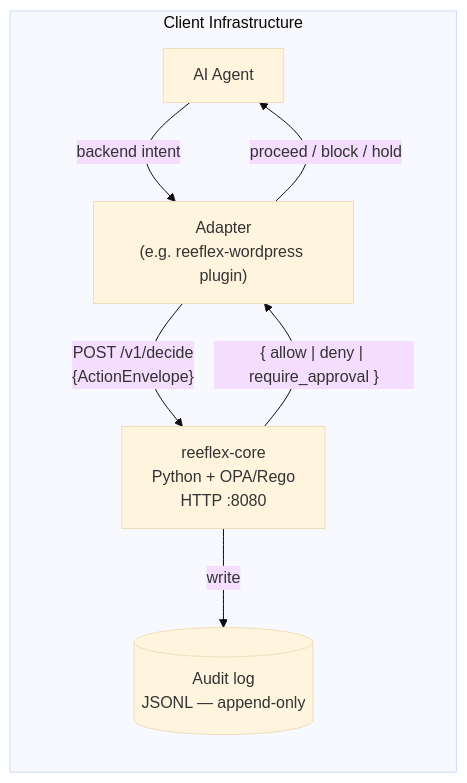
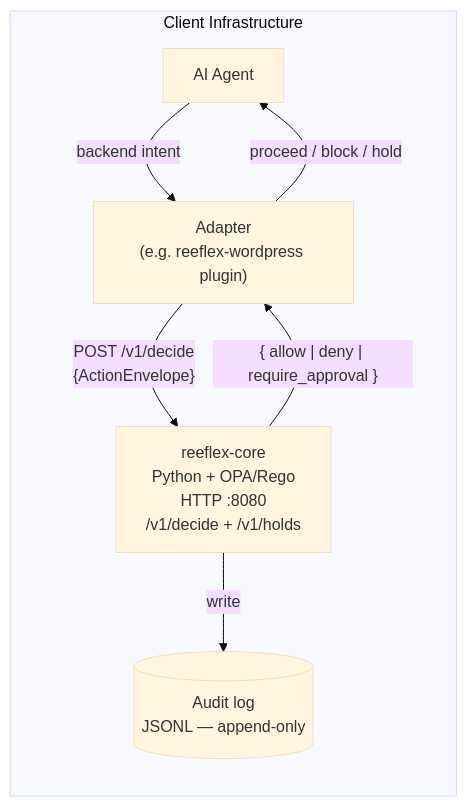
The third of 4 diagrams in docs/architecture.md (Reeflex-io/reeflex), drawn with Mermaid (base theme) before and after one commit. The commit also changed other lines of this file and 1 other file, not shown here.

First line of the commit message:
docs(architecture): align flow + sequence diagrams with the HIL/AIL handover model

````diff
--- a/docs/architecture.md
+++ b/docs/architecture.md
@@ -48,15 +107,15 @@
 ```mermaid
 flowchart TD
     subgraph CLIENT["Client Infrastructure"]
         direction TB
         AG["AI Agent"]
         AD["Adapter\n(e.g. reeflex-wordpress plugin)"]
-        RC["reeflex-core\nPython + OPA/Rego\nHTTP :8080"]
+        RC["reeflex-core\nPython + OPA/Rego\nHTTP :8080\n/v1/decide + /v1/holds"]
         AU[("Audit log\nJSONL — append-only")]
     end
     AG -->|"backend intent"| AD
     AD -->|"POST /v1/decide\n{ActionEnvelope}"| RC
     RC -->|"write"| AU
     RC -->|"{ allow | deny | require_approval }"| AD
     AD -->|"proceed / block / hold"| AG
 ```
````
